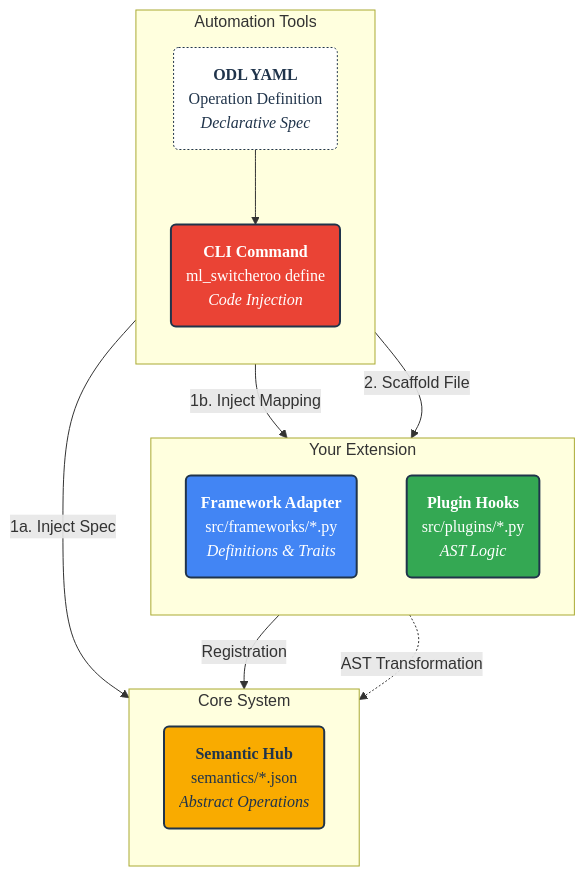
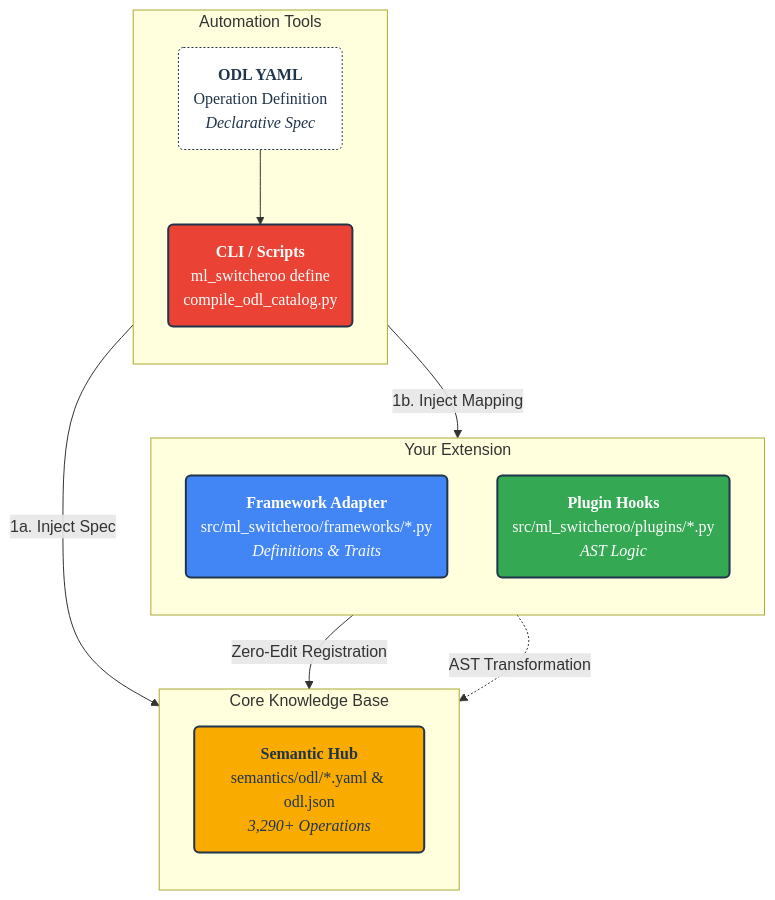
One commit to SamuelMarks/ml-switcheroo changed the diagram in EXTENDING.md. Above: the diagram before and after it, drawn with Mermaid. The commit also changed other lines of this file and 7 other files, not shown here.

````diff
--- a/EXTENDING.md
+++ b/EXTENDING.md
@@ -23,35 +22,34 @@
 ```mermaid
 graph TD
     %% --- STYLE DEFINITIONS ---
     classDef default font-family:'Google Sans Normal',color:#20344b,stroke:#20344b;
     classDef hub fill:#f9ab00,stroke:#20344b,stroke-width:2px,color:#20344b,font-family:'Google Sans Medium',rx:5px;
     classDef adapter fill:#4285f4,stroke:#20344b,stroke-width:2px,color:#ffffff,font-family:'Google Sans Medium',rx:5px;
     classDef plugin fill:#34a853,stroke:#20344b,stroke-width:2px,color:#ffffff,font-family:'Google Sans Medium',rx:5px;
     classDef tool fill:#ea4335,stroke:#20344b,stroke-width:2px,color:#ffffff,font-family:'Google Sans Medium',rx:5px;
     classDef input fill:#ffffff,stroke:#20344b,stroke-width:1px,color:#20344b,font-family:'Roboto Mono Normal',stroke-dasharray: 2 2;
 
     subgraph "Your Extension"
         direction TB
-        ADAPTER("<b>Framework Adapter</b><br/>src/frameworks/*.py<br/><i>Definitions & Traits</i>"):::adapter
-        PLUGIN("<b>Plugin Hooks</b><br/>src/plugins/*.py<br/><i>AST Logic</i>"):::plugin
+        ADAPTER("<b>Framework Adapter</b><br/>src/ml_switcheroo/frameworks/*.py<br/><i>Definitions & Traits</i>"):::adapter
+        PLUGIN("<b>Plugin Hooks</b><br/>src/ml_switcheroo/plugins/*.py<br/><i>AST Logic</i>"):::plugin
     end
 
-    subgraph "Core System"
+    subgraph "Core Knowledge Base"
         direction TB
-        HUB("<b>Semantic Hub</b><br/>semantics/*.json<br/><i>Abstract Operations</i>"):::hub
+        HUB("<b>Semantic Hub</b><br/>semantics/odl/*.yaml & odl.json<br/><i>3,290+ Operations</i>"):::hub
     end
 
     subgraph "Automation Tools"
         direction TB
-        DEFINE("<b>CLI Command</b><br/>ml_switcheroo define<br/><i>Code Injection</i>"):::tool
+        DEFINE("<b>CLI / Scripts</b><br/>ml_switcheroo define<br/>compile_odl_catalog.py"):::tool
         YAML("<b>ODL YAML</b><br/>Operation Definition<br/><i>Declarative Spec</i>"):::input
     end
 
     %% Wiring
     YAML --> DEFINE
     DEFINE -->|" 1a. Inject Spec "| HUB
     DEFINE -->|" 1b. Inject Mapping "| ADAPTER
-    DEFINE -->|" 2. Scaffold File "| PLUGIN
-    ADAPTER -->|" Registration "| HUB
+    ADAPTER -->|" Zero-Edit Registration "| HUB
     PLUGIN -.->|" AST Transformation "| HUB
 ```
````
